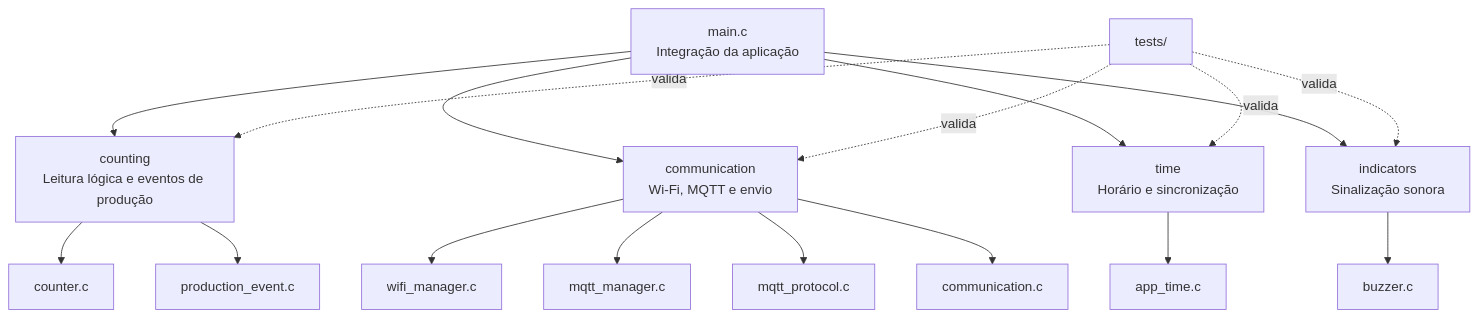
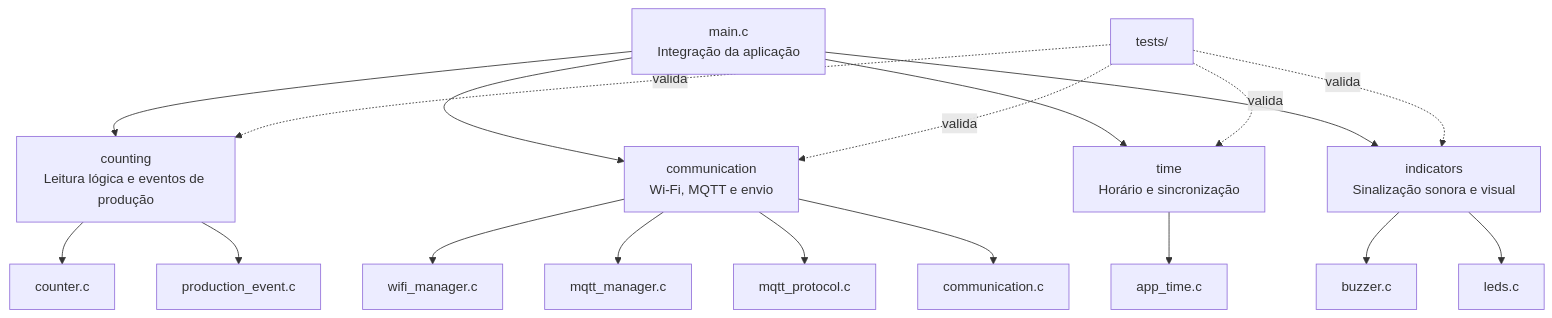
The second of 3 diagrams in README.md (joaohenriquebitu/FlowCount), drawn with Mermaid before and after one commit. The commit also changed other lines of this file and 14 other files, not shown here.

````diff
--- a/README.md
+++ b/README.md
@@ -274,25 +279,26 @@
 ```mermaid
 flowchart TD
     MAIN["main.c\nIntegração da aplicação"]
 
     MAIN --> COUNTING["counting\nLeitura lógica e eventos de produção"]
     MAIN --> COMM["communication\nWi-Fi, MQTT e envio"]
     MAIN --> TIME["time\nHorário e sincronização"]
-    MAIN --> IND["indicators\nSinalização sonora"]
+    MAIN --> IND["indicators\nSinalização sonora e visual"]
 
     COUNTING --> COUNTER["counter.c"]
     COUNTING --> EVENT["production_event.c"]
 
     COMM --> WIFI["wifi_manager.c"]
     COMM --> MQTT["mqtt_manager.c"]
     COMM --> PROTOCOL["mqtt_protocol.c"]
     COMM --> DELIVERY["communication.c"]
 
     TIME --> APPTIME["app_time.c"]
     IND --> BUZZER["buzzer.c"]
+    IND --> LEDS["leds.c"]
 
     TESTS["tests/"] -. valida .-> COUNTING
     TESTS -. valida .-> COMM
     TESTS -. valida .-> TIME
     TESTS -. valida .-> IND
 ```
````
